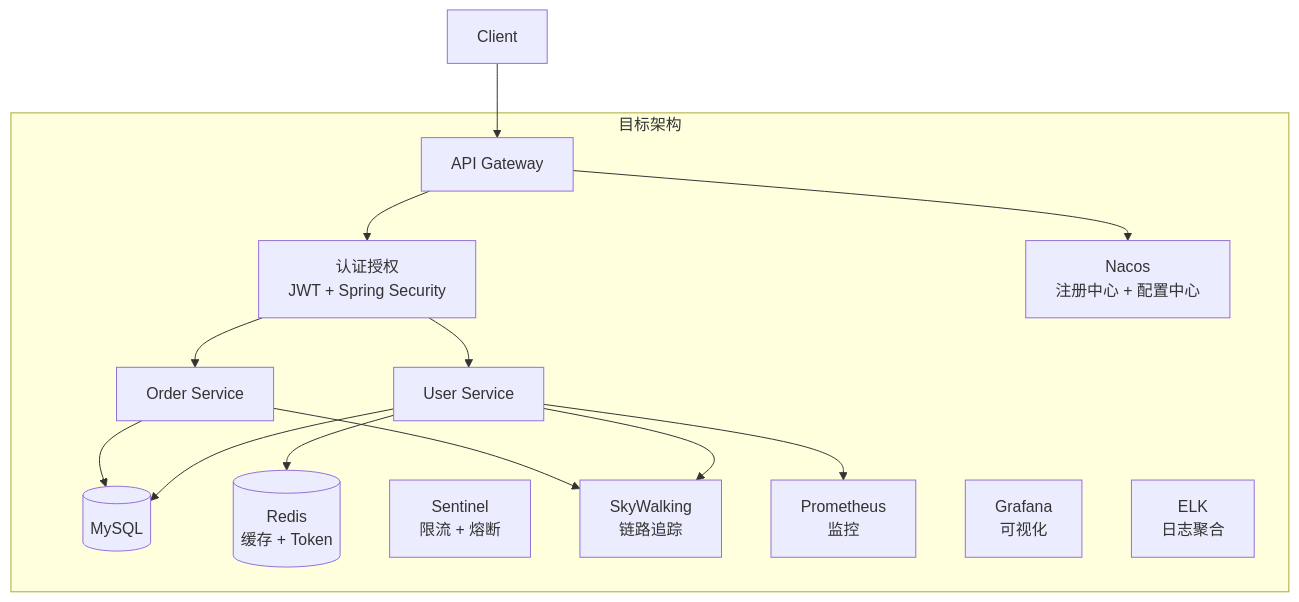
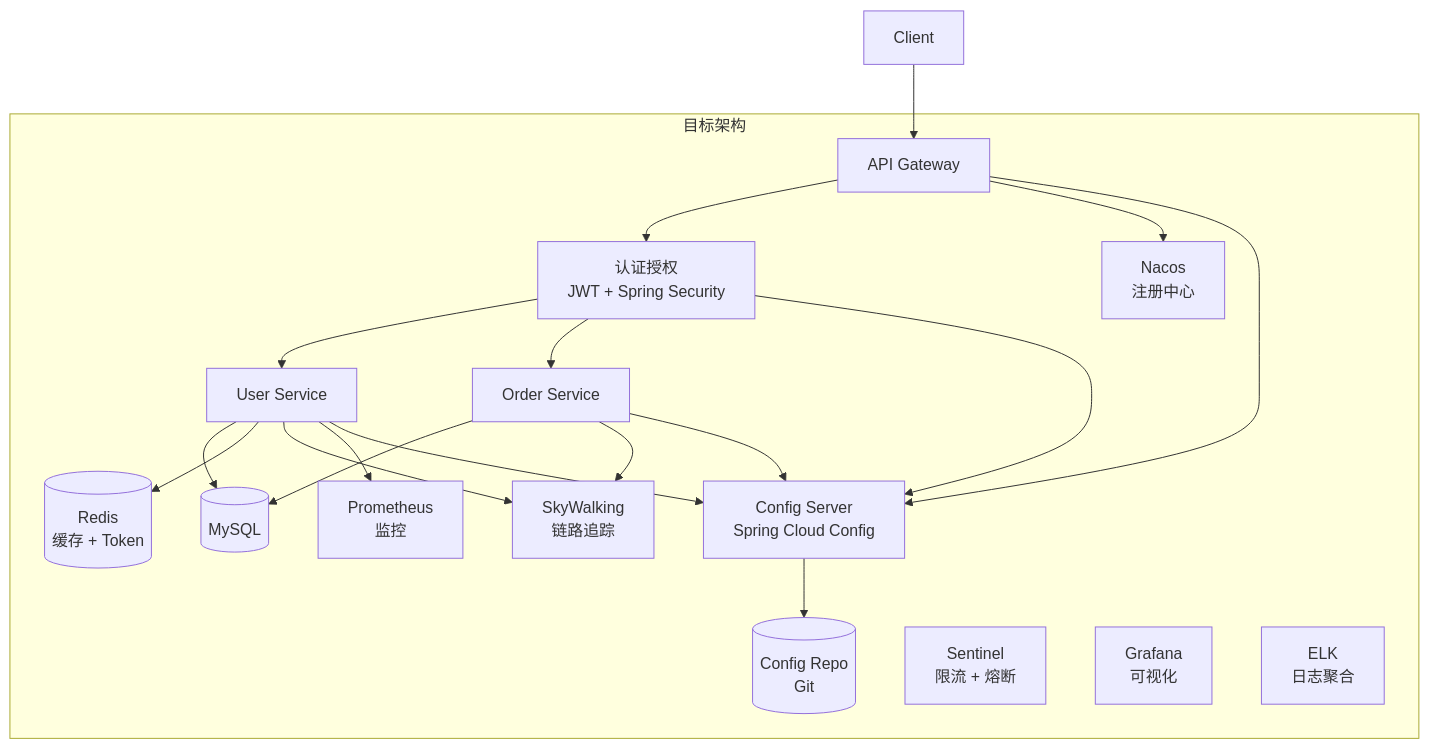
One commit to gzhidao1011/react-demo-project changed the second of 2 diagrams in services/docs/enterprise-architecture-plan.md. Above: the diagram before and after it, drawn with Mermaid. The commit also changed other lines of this file and 36 other files, not shown here.

````diff
--- a/services/docs/enterprise-architecture-plan.md
+++ b/services/docs/enterprise-architecture-plan.md
@@ -55,29 +55,36 @@
 ```mermaid
 graph TB
     subgraph target [目标架构]
         Gateway[API Gateway]
         Auth[认证授权<br/>JWT + Spring Security]
-        Nacos[Nacos<br/>注册中心 + 配置中心]
+        Nacos[Nacos<br/>注册中心]
+        ConfigServer[Config Server<br/>Spring Cloud Config]
+        ConfigRepo[(Config Repo<br/>Git)]
         UserSvc[User Service]
         OrderSvc[Order Service]
         MySQL[(MySQL)]
         Redis[(Redis<br/>缓存 + Token)]
         Sentinel[Sentinel<br/>限流 + 熔断]
         SkyWalking[SkyWalking<br/>链路追踪]
         Prometheus[Prometheus<br/>监控]
         Grafana[Grafana<br/>可视化]
         ELK[ELK<br/>日志聚合]
     end
     
     Client-->Gateway
     Gateway-->Auth
     Auth-->UserSvc
     Auth-->OrderSvc
     UserSvc-->MySQL
     OrderSvc-->MySQL
     UserSvc-->Redis
     Gateway-->Nacos
+    Gateway-->ConfigServer
     UserSvc-->SkyWalking
     OrderSvc-->SkyWalking
     UserSvc-->Prometheus
+    Auth-->ConfigServer
+    UserSvc-->ConfigServer
+    OrderSvc-->ConfigServer
+    ConfigServer-->ConfigRepo
 ```
````
